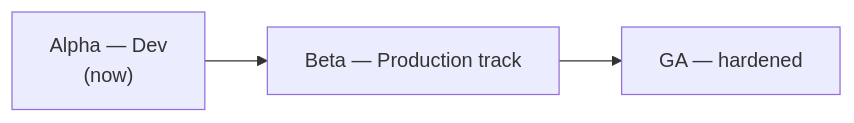
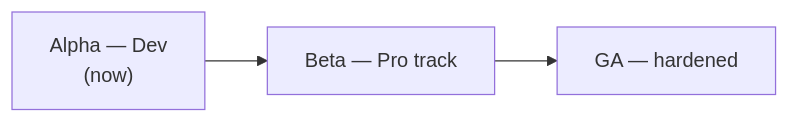
One commit to neochaotic/leoflow changed the diagram in docs/roadmap-to-release.md. Above: the diagram before and after it, drawn with Mermaid. The commit also changed other lines of this file and 17 other files, not shown here.

````diff
--- a/docs/roadmap-to-release.md
+++ b/docs/roadmap-to-release.md
@@ -14,4 +14,4 @@
 ```mermaid
 flowchart LR
-  A["Alpha — Dev<br/>(now)"] --> B["Beta — Production track"] --> G["GA — hardened"]
+  A["Alpha — Dev<br/>(now)"] --> B["Beta — Pro track"] --> G["GA — hardened"]
 ```
````
